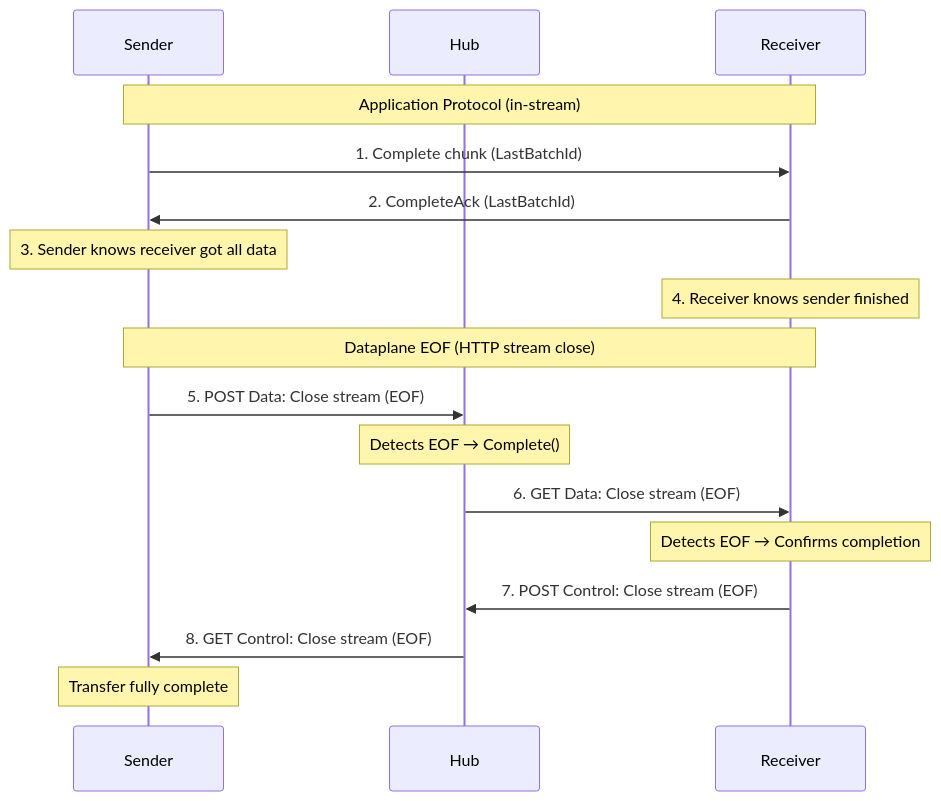
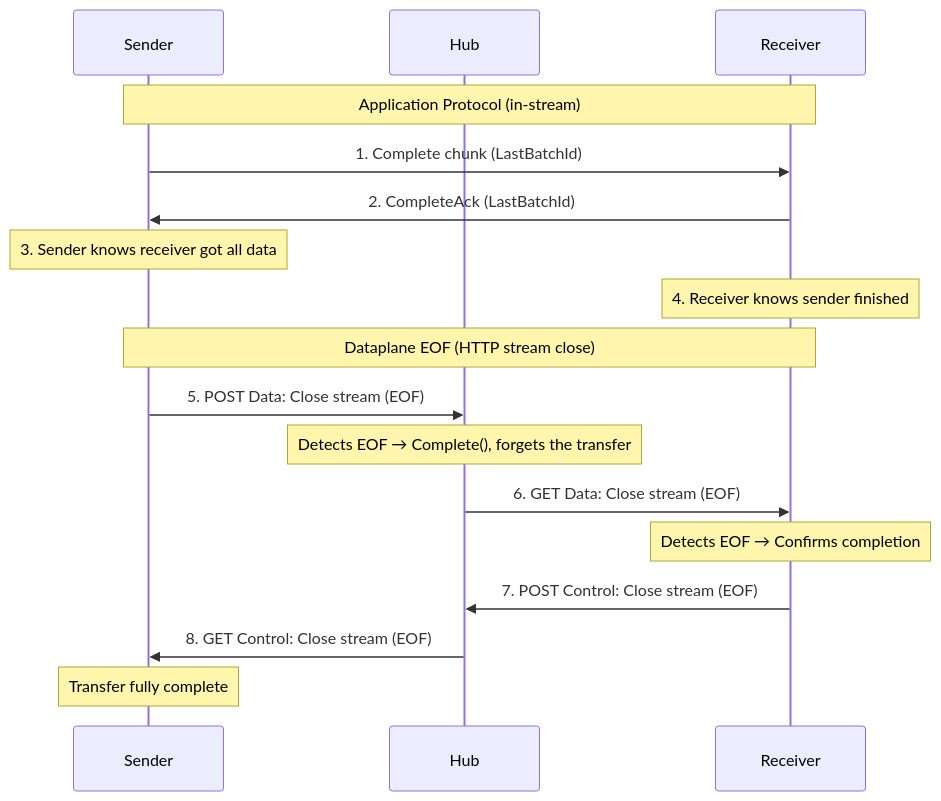
Before and after one commit to nicopon/transportr: the second of 3 diagrams in ResilienceArchitecture.md, drawn with Mermaid. The commit also changed other lines of this file and 4 other files, not shown here.

````diff
--- a/ResilienceArchitecture.md
+++ b/ResilienceArchitecture.md
@@ -226,22 +226,22 @@
 ```mermaid
 sequenceDiagram
     participant S as Sender
     participant H as Hub
     participant R as Receiver
 
     Note over S,R: Application Protocol (in-stream)
     S->>R: 1. Complete chunk (LastBatchId)
     R->>S: 2. CompleteAck (LastBatchId)
     
     Note over S: 3. Sender knows receiver got all data
     Note over R: 4. Receiver knows sender finished
     
     Note over S,R: Dataplane EOF (HTTP stream close)
     S->>H: 5. POST Data: Close stream (EOF)
-    Note over H: Detects EOF → Complete()
+    Note over H: Detects EOF → Complete(), forgets the transfer
     H->>R: 6. GET Data: Close stream (EOF)
     Note over R: Detects EOF → Confirms completion
     R->>H: 7. POST Control: Close stream (EOF)
     H->>S: 8. GET Control: Close stream (EOF)
     Note over S: Transfer fully complete
 ```
````
